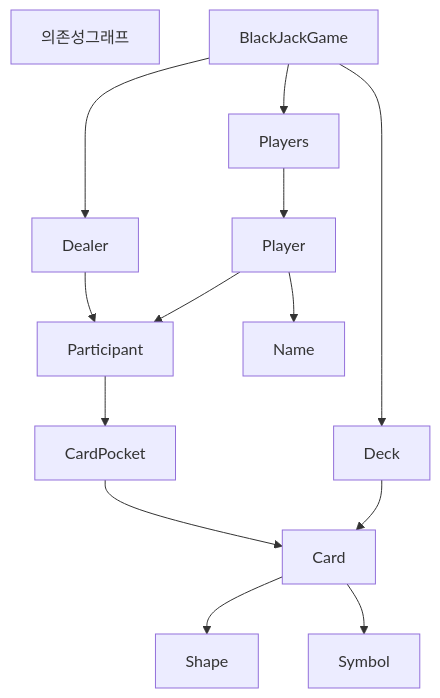
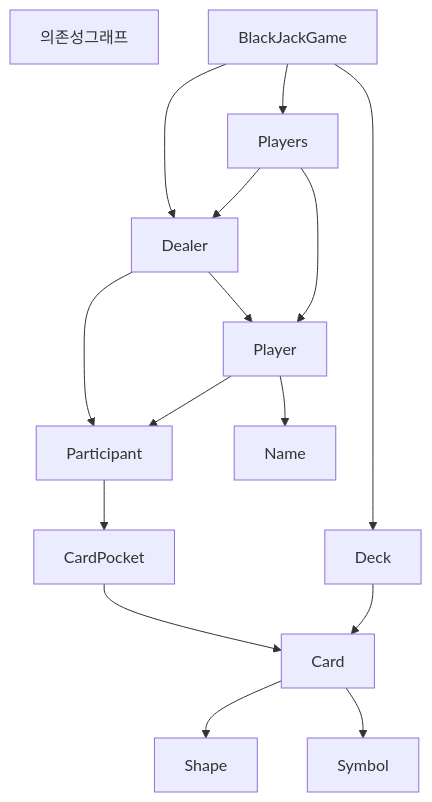
Before and after one commit to woowacourse/java-blackjack: the diagram in README.md, drawn with Mermaid. The commit also changed other lines of this file, not shown here.

````diff
--- a/README.md
+++ b/README.md
@@ -9,20 +9,22 @@
 ```mermaid
 graph TD
 의존성그래프
 BlackJackGame --> Players
 BlackJackGame --> Deck
 BlackJackGame --> Dealer
 
+Players --> Dealer
+Dealer --> Player
 
 Participant --> CardPocket
 Dealer --> Participant
 Player --> Participant
 
 Players --> Player
 Player --> Name
 CardPocket --> Card
 
 Deck --> Card
 Card --> Shape
 Card --> Symbol
 ```
````
